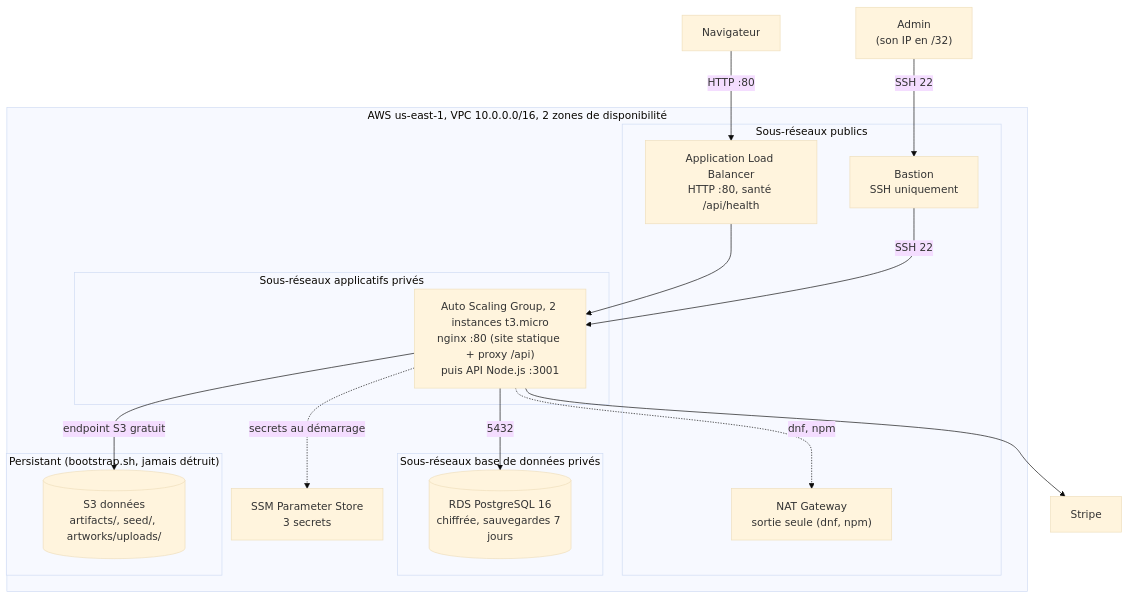
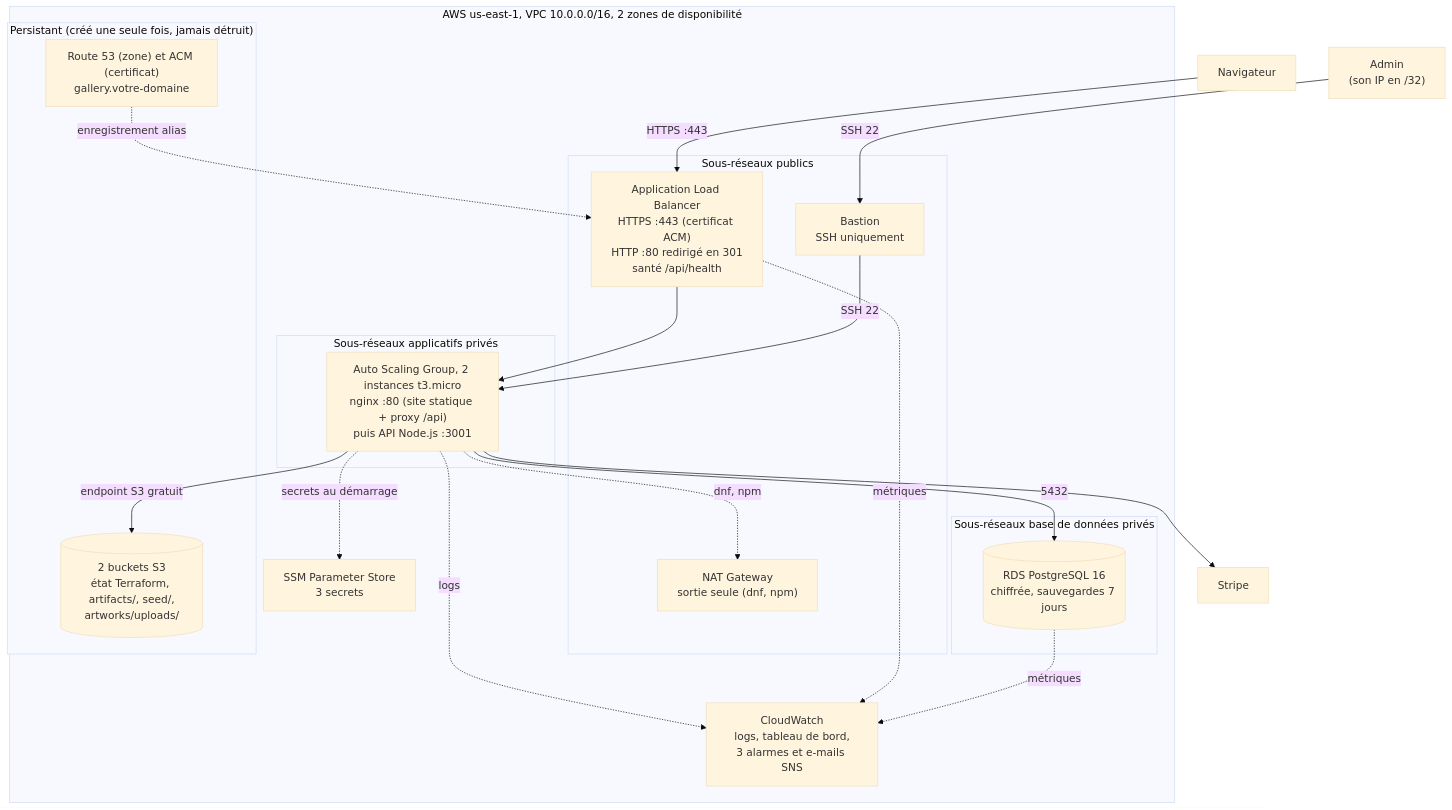
One commit to AjmiOns/art-gallery-aws changed the diagram in README.md. Above: the diagram before and after it, drawn with Mermaid (base theme). The commit also changed other lines of this file, not shown here.

First line of the commit message:
docs: update project README for HTTPS, CloudWatch and remote state

````diff
--- a/README.md
+++ b/README.md
@@ -51,35 +52,41 @@
 ```mermaid
 flowchart TB
     U["Navigateur"]
     ADM["Admin<br/>(son IP en /32)"]
 
     subgraph AWS["AWS us-east-1, VPC 10.0.0.0/16, 2 zones de disponibilité"]
         subgraph PUB["Sous-réseaux publics"]
-            ALB["Application Load Balancer<br/>HTTP :80, santé /api/health"]
+            ALB["Application Load Balancer<br/>HTTPS :443 (certificat ACM)<br/>HTTP :80 redirigé en 301<br/>santé /api/health"]
             BAST["Bastion<br/>SSH uniquement"]
             NAT["NAT Gateway<br/>sortie seule (dnf, npm)"]
         end
         subgraph APP["Sous-réseaux applicatifs privés"]
             EC2["Auto Scaling Group, 2 instances t3.micro<br/>nginx :80 (site statique + proxy /api)<br/>puis API Node.js :3001"]
         end
         subgraph DB["Sous-réseaux base de données privés"]
             RDS[("RDS PostgreSQL 16<br/>chiffrée, sauvegardes 7 jours")]
         end
         SSM["SSM Parameter Store<br/>3 secrets"]
-        subgraph PERS["Persistant (bootstrap.sh, jamais détruit)"]
-            S3[("S3 données<br/>artifacts/, seed/, artworks/uploads/")]
+        CW["CloudWatch<br/>logs, tableau de bord,<br/>3 alarmes et e-mails SNS"]
+        subgraph PERS["Persistant (créé une seule fois, jamais détruit)"]
+            S3[("2 buckets S3<br/>état Terraform, artifacts/, seed/,<br/>artworks/uploads/")]
+            DNS["Route 53 (zone) et ACM (certificat)<br/>gallery.votre-domaine"]
         end
     end
 
     STRIPE["Stripe"]
 
-    U -->|"HTTP :80"| ALB
+    U -->|"HTTPS :443"| ALB
+    DNS -.->|"enregistrement alias"| ALB
     ALB --> EC2
     ADM -->|"SSH 22"| BAST
     BAST -->|"SSH 22"| EC2
     EC2 -->|"5432"| RDS
     EC2 -->|"endpoint S3 gratuit"| S3
     EC2 -.->|"dnf, npm"| NAT
     EC2 -.->|"secrets au démarrage"| SSM
+    EC2 -.->|"logs"| CW
+    ALB -.->|"métriques"| CW
+    RDS -.->|"métriques"| CW
     EC2 --> STRIPE
 ```
````
